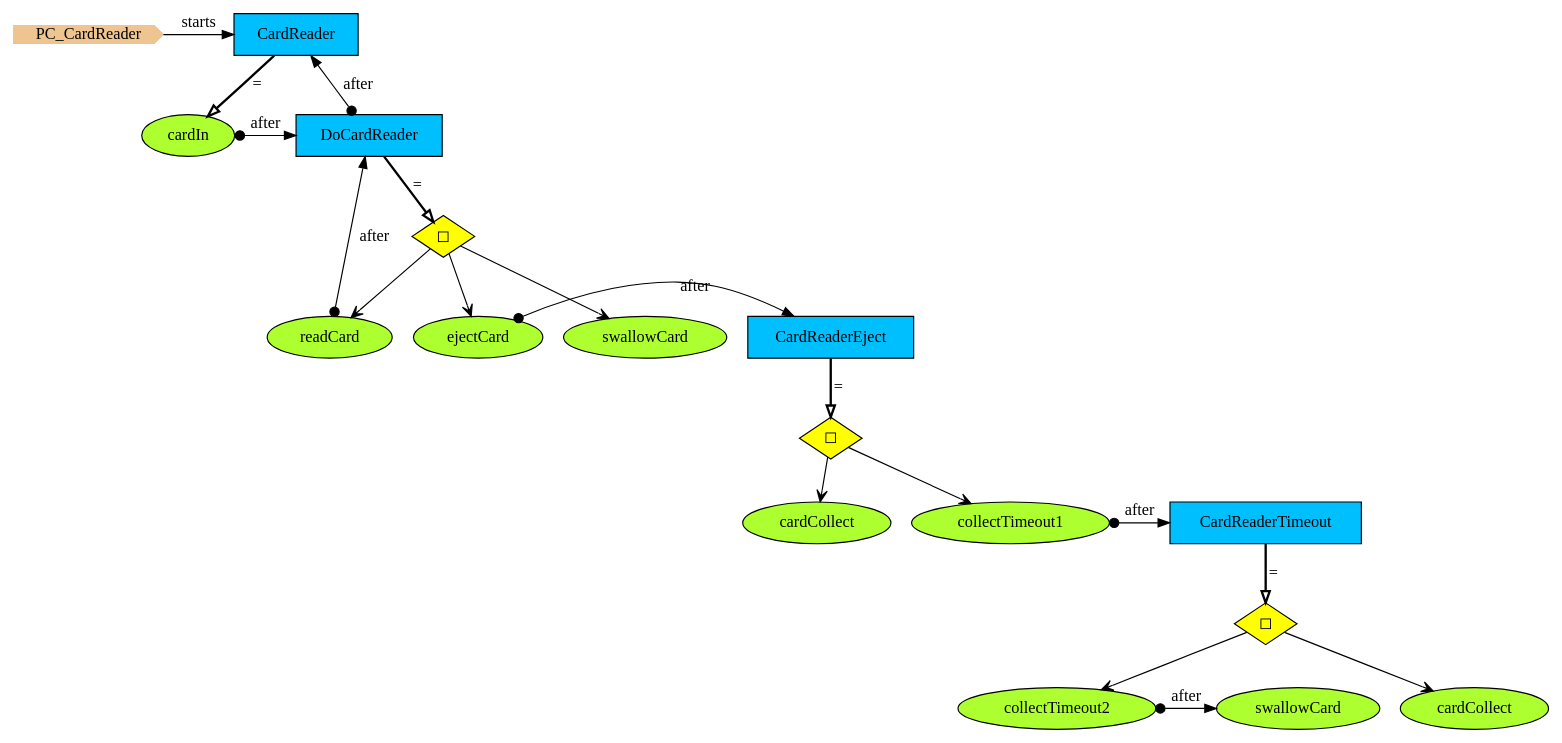
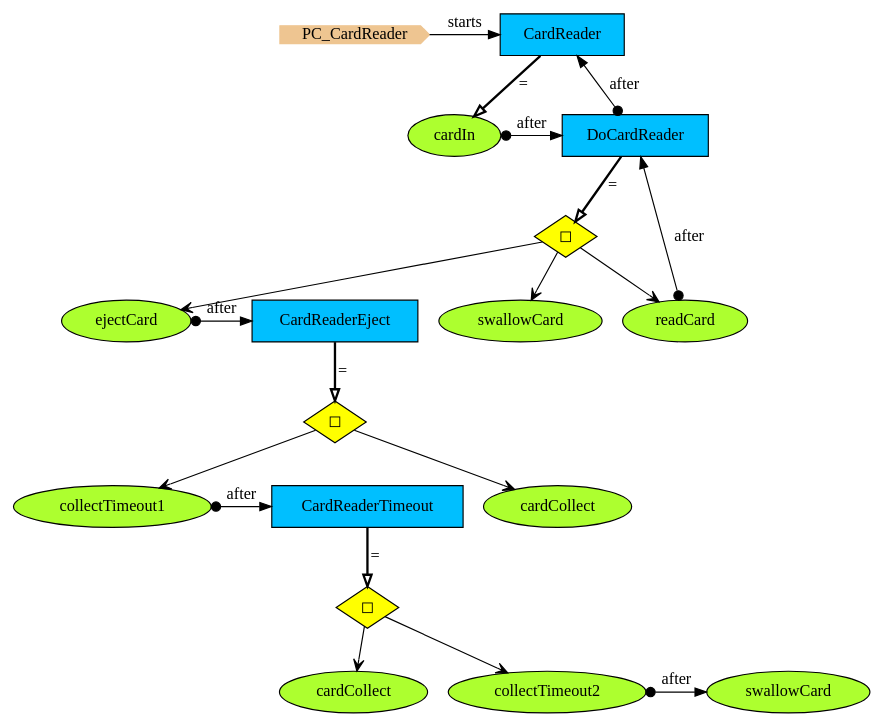
One commit to namalio/Fragmenta changed the diagram in Haskell/PCs/Examples/img/PC_CardReader.gv. Above: the diagram before and after it, drawn with Graphviz. The commit also changed other lines of this file and 246 other files, not shown here.

```diff
--- a/Haskell/PCs/Examples/img/PC_CardReader.gv
+++ b/Haskell/PCs/Examples/img/PC_CardReader.gv
@@ -1,44 +1,44 @@
 digraph {
 StartN_ [shape = cds,color=burlywood2,style=filled,height=.2,width=.2, label =PC_CardReader];
+CardReader [shape=box,fillcolor=deepskyblue,style = filled,label="CardReader "];
+DoCardReader [shape=box,fillcolor=deepskyblue,style = filled,label="DoCardReader "];
+ejectCard [shape=ellipse,fillcolor=greenyellow,style = filled,label="ejectCard"];
+readCard [shape=ellipse,fillcolor=greenyellow,style = filled,label="readCard"];
+OpCardReaderEject [shape=diamond,fillcolor=yellow,style = filled,label="◻︎"];
+collectTimeout1 [shape=ellipse,fillcolor=greenyellow,style = filled,label="collectTimeout1"];
+OpCardReaderTimeout [shape=diamond,fillcolor=yellow,style = filled,label="◻︎"];
+cardCollect2 [shape=ellipse,fillcolor=greenyellow,style = filled,label="cardCollect"];
+swallowCard2 [shape=ellipse,fillcolor=greenyellow,style = filled,label="swallowCard"];
+collectTimeout2 [shape=ellipse,fillcolor=greenyellow,style = filled,label="collectTimeout2"];
+CardReaderTimeout [shape=box,fillcolor=deepskyblue,style = filled,label="CardReaderTimeout "];
+cardCollect [shape=ellipse,fillcolor=greenyellow,style = filled,label="cardCollect"];
+CardReaderEject [shape=box,fillcolor=deepskyblue,style = filled,label="CardReaderEject "];
+swallowCard [shape=ellipse,fillcolor=greenyellow,style = filled,label="swallowCard"];
+OpDoCardReader [shape=diamond,fillcolor=yellow,style = filled,label="◻︎"];
 cardIn [shape=ellipse,fillcolor=greenyellow,style = filled,label="cardIn"];
-OpDoCardReader [shape=diamond,fillcolor=yellow,style = filled,label="◻︎"];
-swallowCard [shape=ellipse,fillcolor=greenyellow,style = filled,label="swallowCard"];
-CardReaderEject [shape=box,fillcolor=deepskyblue,style = filled,label="CardReaderEject "];
-cardCollect [shape=ellipse,fillcolor=greenyellow,style = filled,label="cardCollect"];
-CardReaderTimeout [shape=box,fillcolor=deepskyblue,style = filled,label="CardReaderTimeout "];
-collectTimeout2 [shape=ellipse,fillcolor=greenyellow,style = filled,label="collectTimeout2"];
-swallowCard2 [shape=ellipse,fillcolor=greenyellow,style = filled,label="swallowCard"];
-cardCollect2 [shape=ellipse,fillcolor=greenyellow,style = filled,label="cardCollect"];
-OpCardReaderTimeout [shape=diamond,fillcolor=yellow,style = filled,label="◻︎"];
-collectTimeout1 [shape=ellipse,fillcolor=greenyellow,style = filled,label="collectTimeout1"];
-OpCardReaderEject [shape=diamond,fillcolor=yellow,style = filled,label="◻︎"];
-readCard [shape=ellipse,fillcolor=greenyellow,style = filled,label="readCard"];
-ejectCard [shape=ellipse,fillcolor=greenyellow,style = filled,label="ejectCard"];
-DoCardReader [shape=box,fillcolor=deepskyblue,style = filled,label="DoCardReader "];
-CardReader [shape=box,fillcolor=deepskyblue,style = filled,label="CardReader "];
 
 {rank=same;swallowCard2,collectTimeout2}
 {rank=same;CardReaderEject,ejectCard}
 {rank=same;DoCardReader,cardIn}
 {rank=same;CardReaderTimeout,collectTimeout1}
 {rank=same;CardReader,StartN_}
 
+collectTimeout2->swallowCard2[arrowtail=dot,dir=both,label="after"];
+OpCardReaderTimeout->cardCollect2[arrowhead="open"];
+OpCardReaderEject->collectTimeout1[arrowhead="open"];
+ejectCard->CardReaderEject[arrowtail=dot,dir=both,label="after"];
+OpDoCardReader->readCard[arrowhead="open"];
+OpDoCardReader->ejectCard[arrowhead="open"];
+StartN_->CardReader[label="starts"];
+CardReader->cardIn[arrowhead="onormal",penwidth=2,label="="];
+DoCardReader->OpDoCardReader[arrowhead="onormal",penwidth=2,label="="];
+CardReaderTimeout->OpCardReaderTimeout[arrowhead="onormal",penwidth=2,label="="];
+CardReaderEject->OpCardReaderEject[arrowhead="onormal",penwidth=2,label="="];
+cardIn->DoCardReader[arrowtail=dot,dir=both,label="after"];
+OpDoCardReader->swallowCard[arrowhead="open"];
+readCard->DoCardReader[arrowtail=dot,dir=both,label="after"];
+OpCardReaderEject->cardCollect[arrowhead="open"];
+collectTimeout1->CardReaderTimeout[arrowtail=dot,dir=both,label="after"];
+OpCardReaderTimeout->collectTimeout2[arrowhead="open"];
 DoCardReader->CardReader[arrowtail=dot,dir=both,label="after"];
-OpCardReaderTimeout->collectTimeout2[arrowhead="open"];
-collectTimeout1->CardReaderTimeout[arrowtail=dot,dir=both,label="after"];
-OpCardReaderEject->cardCollect[arrowhead="open"];
-readCard->DoCardReader[arrowtail=dot,dir=both,label="after"];
-OpDoCardReader->swallowCard[arrowhead="open"];
-cardIn->DoCardReader[arrowtail=dot,dir=both,label="after"];
-CardReaderEject->OpCardReaderEject[arrowhead="onormal",penwidth=2,label="="];
-CardReaderTimeout->OpCardReaderTimeout[arrowhead="onormal",penwidth=2,label="="];
-DoCardReader->OpDoCardReader[arrowhead="onormal",penwidth=2,label="="];
-CardReader->cardIn[arrowhead="onormal",penwidth=2,label="="];
-StartN_->CardReader[label="starts"];
-OpDoCardReader->ejectCard[arrowhead="open"];
-OpDoCardReader->readCard[arrowhead="open"];
-ejectCard->CardReaderEject[arrowtail=dot,dir=both,label="after"];
-OpCardReaderEject->collectTimeout1[arrowhead="open"];
-OpCardReaderTimeout->cardCollect2[arrowhead="open"];
-collectTimeout2->swallowCard2[arrowtail=dot,dir=both,label="after"];
 }
```
